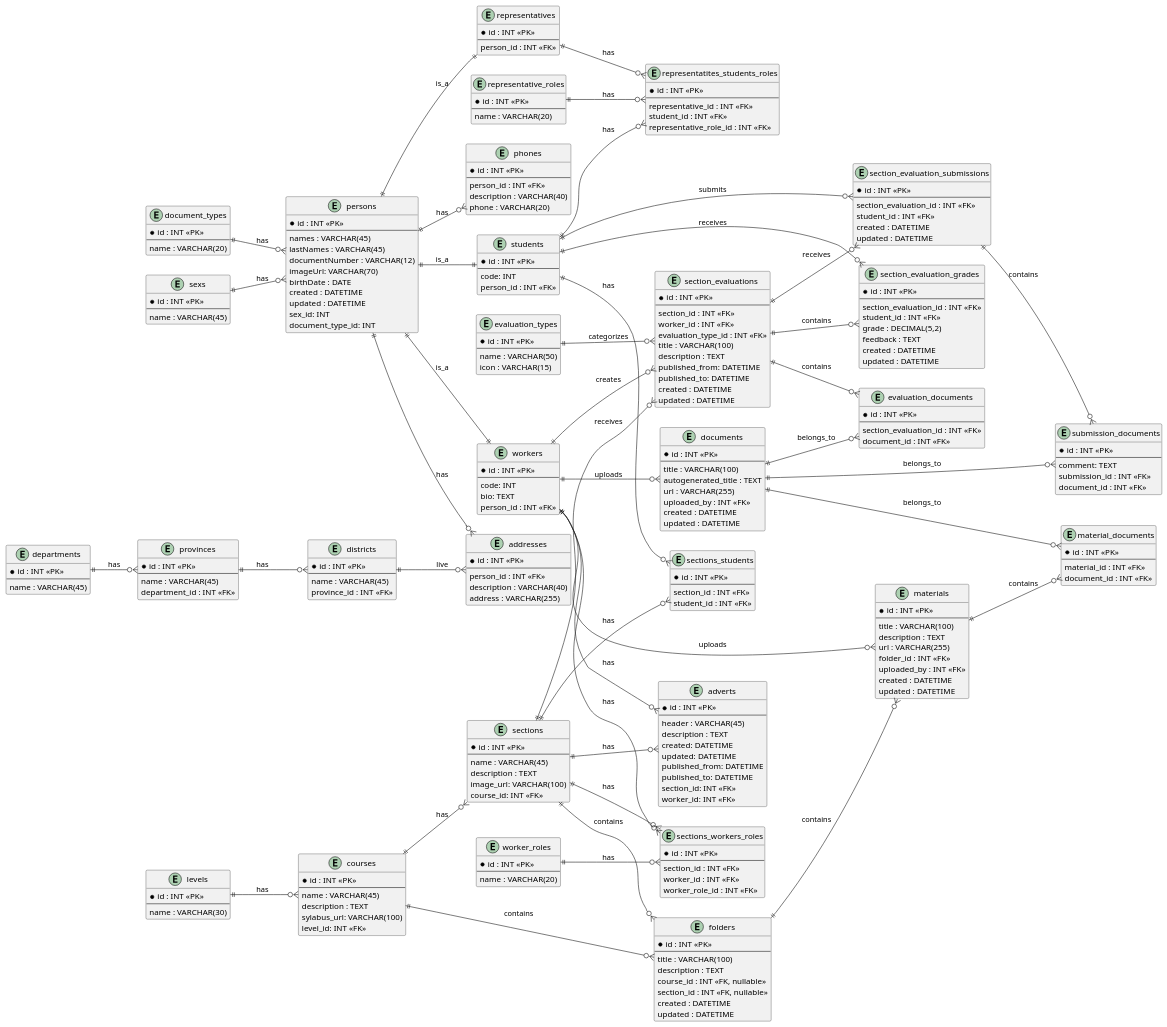
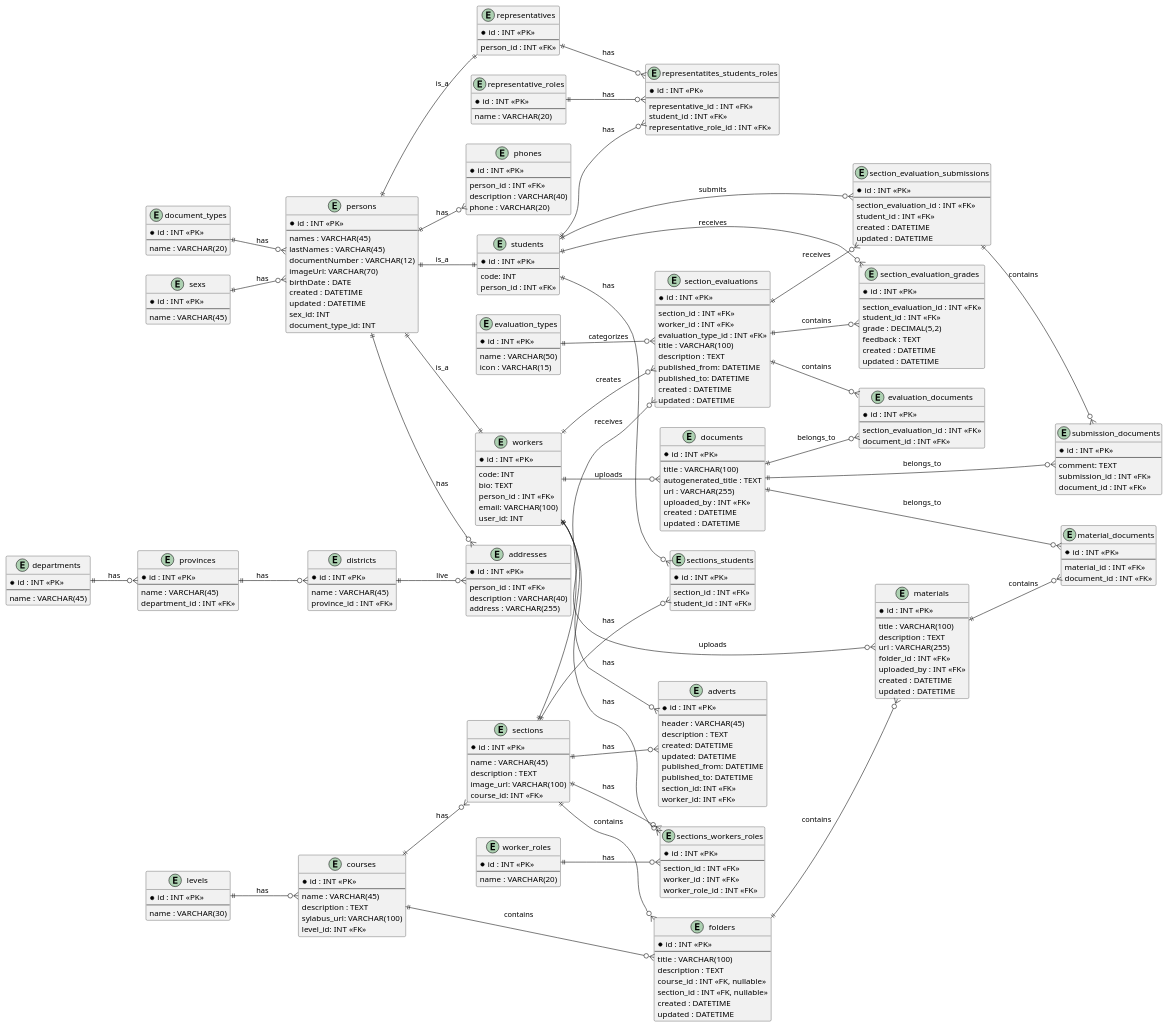
One commit to pepeul1191/template-node-express-svelte changed the diagram in docs/db_diagram.puml. Above: the diagram before and after it, drawn with PlantUML. The commit also changed 11 other files, not shown here.

```diff
--- a/docs/db_diagram.puml
+++ b/docs/db_diagram.puml
@@ -62,6 +62,8 @@
   code: INT
   bio: TEXT
   person_id : INT <<FK>>
+  email: VARCHAR(100)
+  user_id: INT
 }
 
 entity representatives {
```
